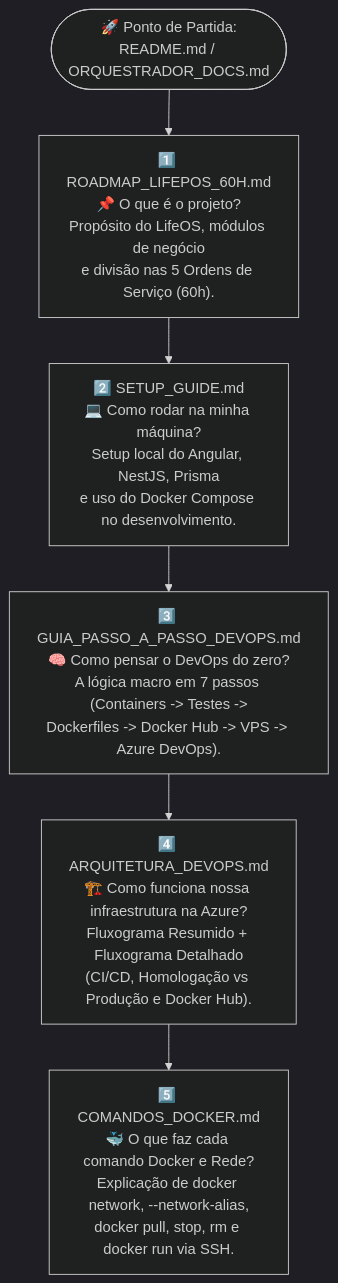
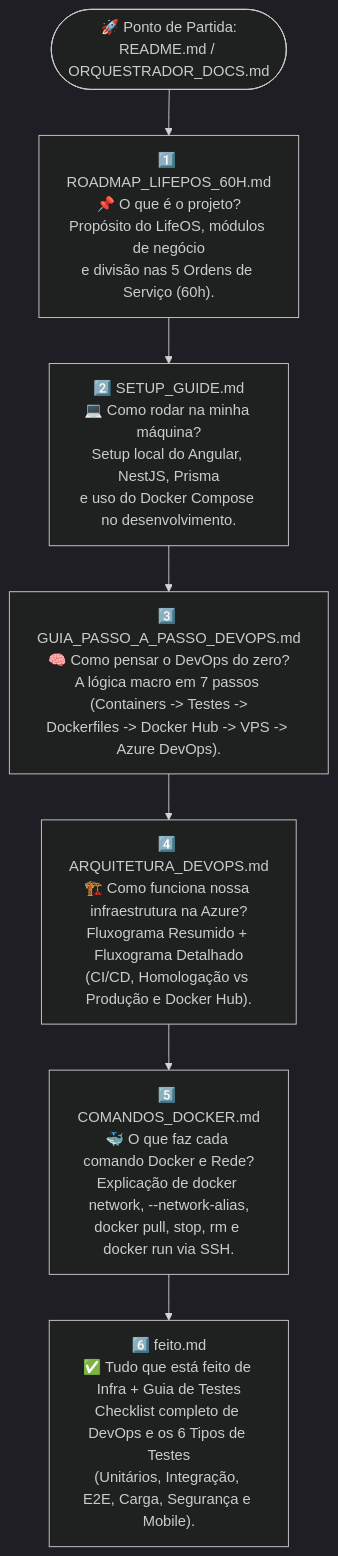
The diagram in ORQUESTRADOR_DOCS.md (GabrielJoao19/APP_PESSOAL), drawn with Mermaid (dark theme) before and after one commit. The commit also changed other lines of this file and 1 other file, not shown here.

Commit message:
docs(devops): criar feito.md com resumo da infra e guia dos 6 tipos de testes

````diff
--- a/ORQUESTRADOR_DOCS.md
+++ b/ORQUESTRADOR_DOCS.md
@@ -9,16 +9,18 @@
 ```mermaid
 flowchart TD
     START(["🚀 Ponto de Partida:\nREADME.md / ORQUESTRADOR_DOCS.md"])
 
     DOC1["1️⃣ ROADMAP_LIFEPOS_60H.md\n📌 O que é o projeto?\nPropósito do LifeOS, módulos de negócio\ne divisão nas 5 Ordens de Serviço (60h)."]
 
     DOC2["2️⃣ SETUP_GUIDE.md\n💻 Como rodar na minha máquina?\nSetup local do Angular, NestJS, Prisma\ne uso do Docker Compose no desenvolvimento."]
 
     DOC3["3️⃣ GUIA_PASSO_A_PASSO_DEVOPS.md\n🧠 Como pensar o DevOps do zero?\nA lógica macro em 7 passos (Containers -> Testes ->\nDockerfiles -> Docker Hub -> VPS -> Azure DevOps)."]
 
     DOC4["4️⃣ ARQUITETURA_DEVOPS.md\n🏗️ Como funciona nossa infraestrutura na Azure?\nFluxograma Resumido + Fluxograma Detalhado\n(CI/CD, Homologação vs Produção e Docker Hub)."]
 
     DOC5["5️⃣ COMANDOS_DOCKER.md\n🐳 O que faz cada comando Docker e Rede?\nExplicação de docker network, --network-alias,\ndocker pull, stop, rm e docker run via SSH."]
 
-    START --> DOC1 --> DOC2 --> DOC3 --> DOC4 --> DOC5
+    DOC6["6️⃣ feito.md\n✅ Tudo que está feito de Infra + Guia de Testes\nChecklist completo de DevOps e os 6 Tipos de Testes\n(Unitários, Integração, E2E, Carga, Segurança e Mobile)."]
+
+    START --> DOC1 --> DOC2 --> DOC3 --> DOC4 --> DOC5 --> DOC6
 ```
````
